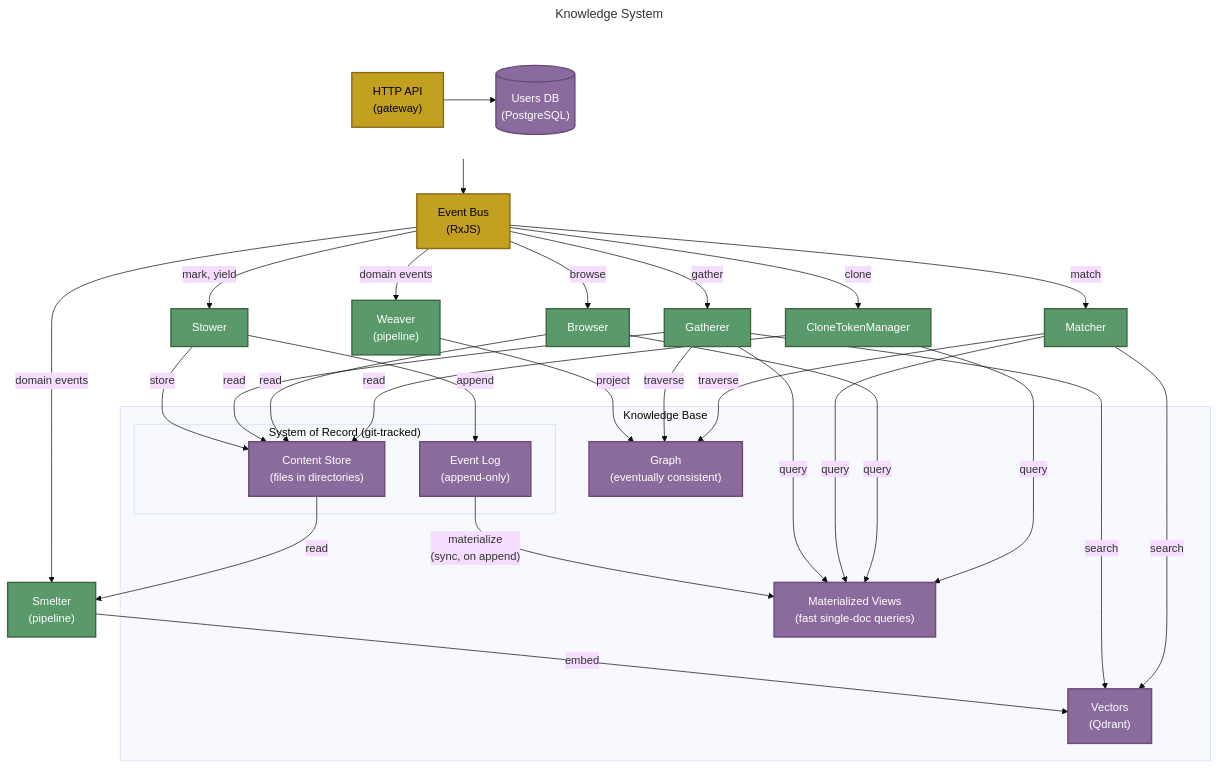
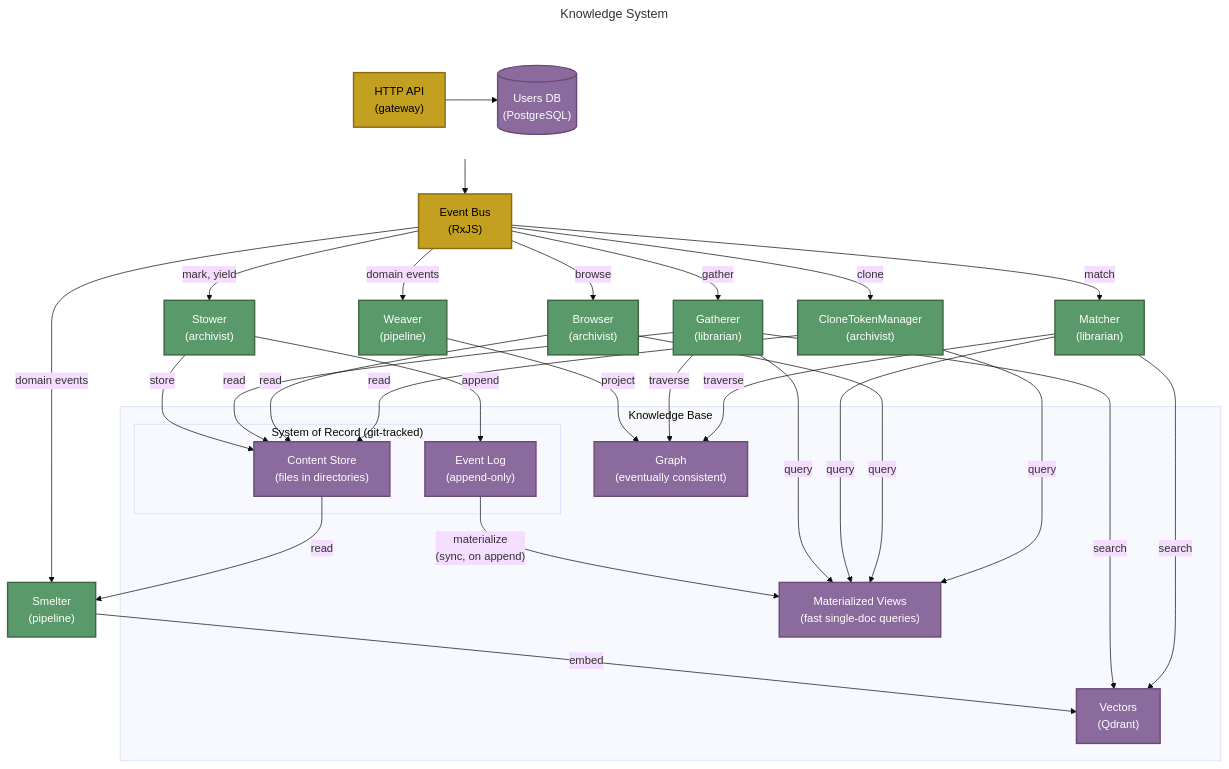
Before and after one commit to The-AI-Alliance/semiont: the diagram in docs/system/KNOWLEDGE-SYSTEM.md, drawn with Mermaid (base theme). The commit also changed other lines of this file, not shown here.

````diff
--- a/docs/system/KNOWLEDGE-SYSTEM.md
+++ b/docs/system/KNOWLEDGE-SYSTEM.md
@@ -25,67 +25,67 @@
 ```mermaid
 ---
 title: Knowledge System
 ---
 graph TB
     subgraph top [" "]
         direction LR
         API["HTTP API<br/>(gateway)"]
         DB[("Users DB<br/>(PostgreSQL)")]
     end
     BE["Event Bus<br/>(RxJS)"]
 
     API --> BE
     API --> DB
 
-    BE -->|"mark, yield"| STOWER["Stower"]
-    BE -->|"gather"| GATHERER["Gatherer"]
-    BE -->|"match"| MATCHER["Matcher"]
-    BE -->|"browse"| BROWSER["Browser"]
-    BE -->|"clone"| CTM["CloneTokenManager"]
+    BE -->|"mark, yield"| STOWER["Stower<br/>(archivist)"]
+    BE -->|"gather"| GATHERER["Gatherer<br/>(librarian)"]
+    BE -->|"match"| MATCHER["Matcher<br/>(librarian)"]
+    BE -->|"browse"| BROWSER["Browser<br/>(archivist)"]
+    BE -->|"clone"| CTM["CloneTokenManager<br/>(archivist)"]
     BE -->|"domain events"| WEAVER["Weaver<br/>(pipeline)"]
     BE -->|"domain events"| SMELTER["Smelter<br/>(pipeline)"]
 
     STOWER -->|append| EVENTLOG
     STOWER -->|store| CONTENT
 
     WEAVER -->|project| GRAPH
     SMELTER -->|embed| VECTORS
     CONTENT -->|read| SMELTER
 
     subgraph kb ["Knowledge Base"]
         subgraph sor ["System of Record (git-tracked)"]
             EVENTLOG["Event Log<br/>(append-only)"]
             CONTENT["Content Store<br/>(files in directories)"]
         end
         VIEWS["Materialized Views<br/>(fast single-doc queries)"]
         GRAPH["Graph<br/>(eventually consistent)"]
         VECTORS["Vectors<br/>(Qdrant)"]
 
         EVENTLOG -->|"materialize<br/>(sync, on append)"| VIEWS
     end
 
     GATHERER -->|query| VIEWS
     GATHERER -->|read| CONTENT
     GATHERER -->|traverse| GRAPH
     GATHERER -->|search| VECTORS
 
     MATCHER -->|query| VIEWS
     MATCHER -->|traverse| GRAPH
     MATCHER -->|search| VECTORS
 
     BROWSER -->|query| VIEWS
     BROWSER -->|read| CONTENT
 
     CTM -->|query| VIEWS
     CTM -->|read| CONTENT
 
     classDef gateway fill:#c4a020,stroke:#8b6914,stroke-width:2px,color:#000
     classDef store fill:#8b6b9d,stroke:#6b4a7a,stroke-width:2px,color:#fff
     classDef worker fill:#5a9a6a,stroke:#3d6644,stroke-width:2px,color:#fff
 
     class API,BE gateway
     class DB,EVENTLOG,VIEWS,CONTENT,GRAPH,VECTORS store
     class STOWER,GATHERER,MATCHER,BROWSER,CTM,WEAVER,SMELTER worker
 
     style top fill:none,stroke:none
 ```
````
